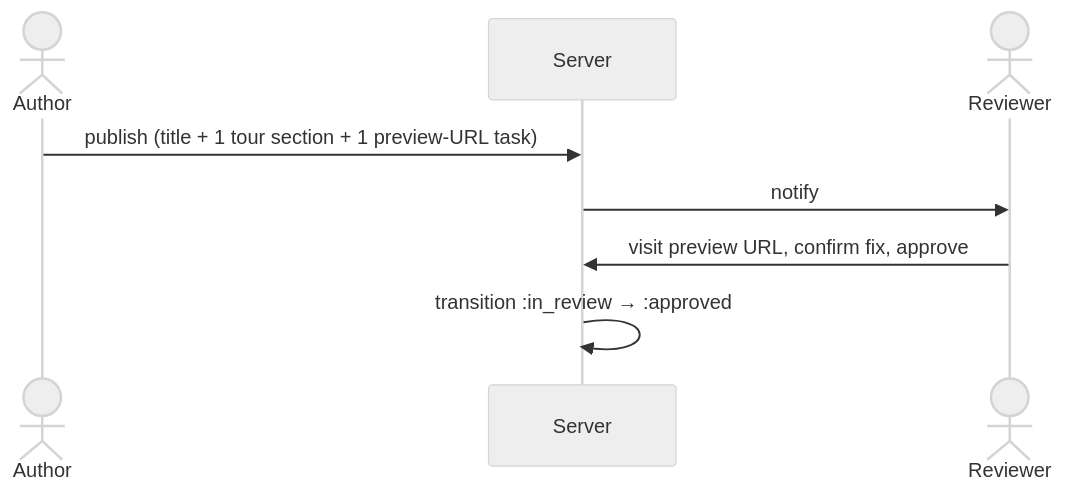
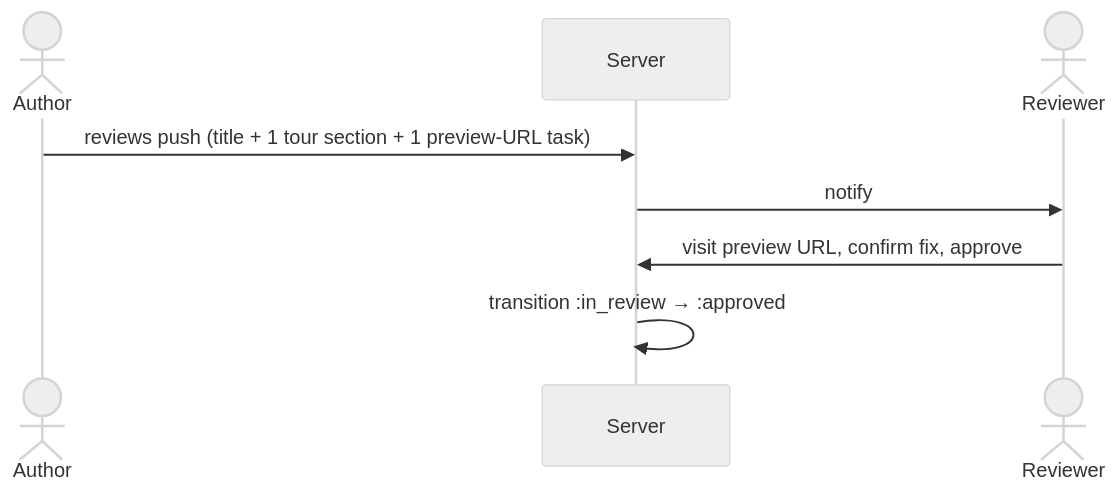
The second of 6 diagrams in .plans/review-packet-prd.md (figitaki/reviews), drawn with Mermaid (neutral theme) before and after one commit. The commit also changed other lines of this file and 2 other files, not shown here.

````diff
--- a/.plans/review-packet-prd.md
+++ b/.plans/review-packet-prd.md
@@ -95,11 +45,11 @@
 ```mermaid
 sequenceDiagram
     actor Author
     participant Server
     actor Reviewer
 
-    Author->>Server: publish (title + 1 tour section + 1 preview-URL task)
+    Author->>Server: reviews push (title + 1 tour section + 1 preview-URL task)
     Server->>Reviewer: notify
     Reviewer->>Server: visit preview URL, confirm fix, approve
     Server->>Server: transition :in_review → :approved
 ```
````
